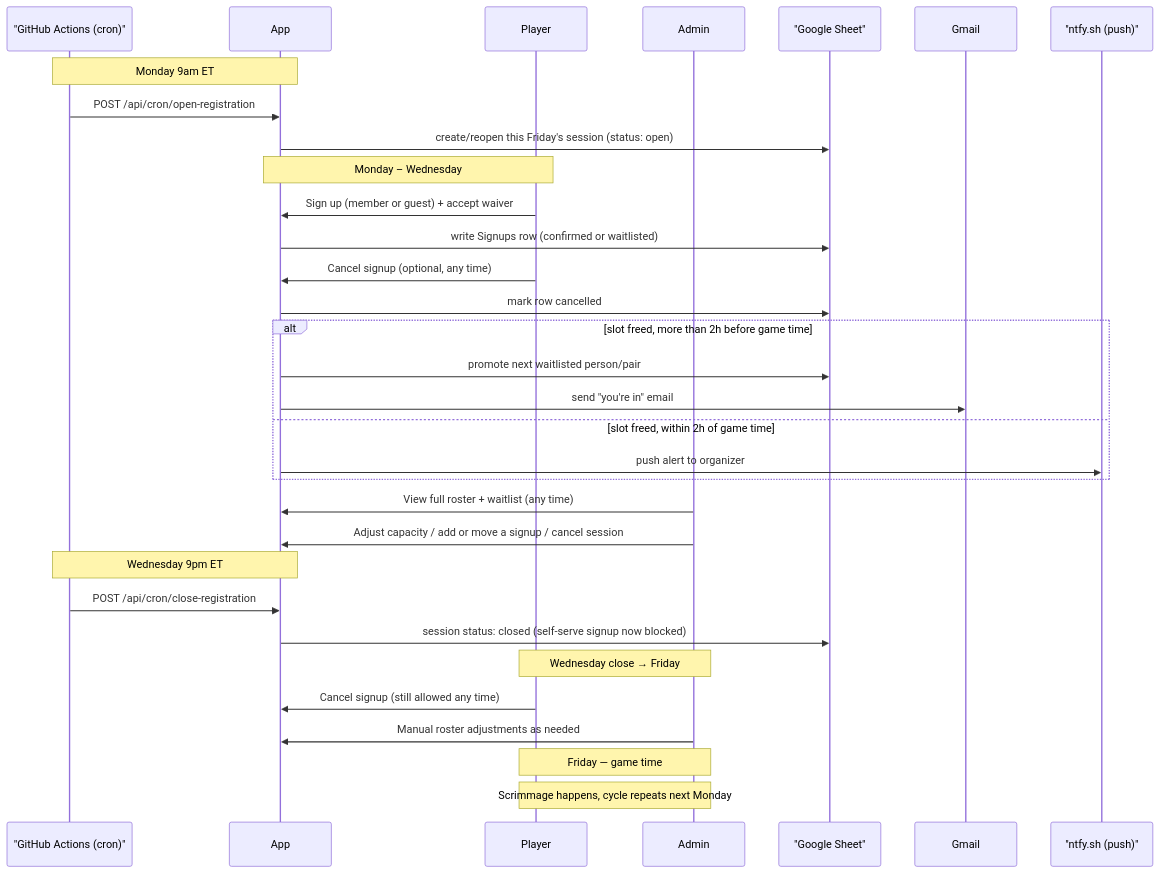
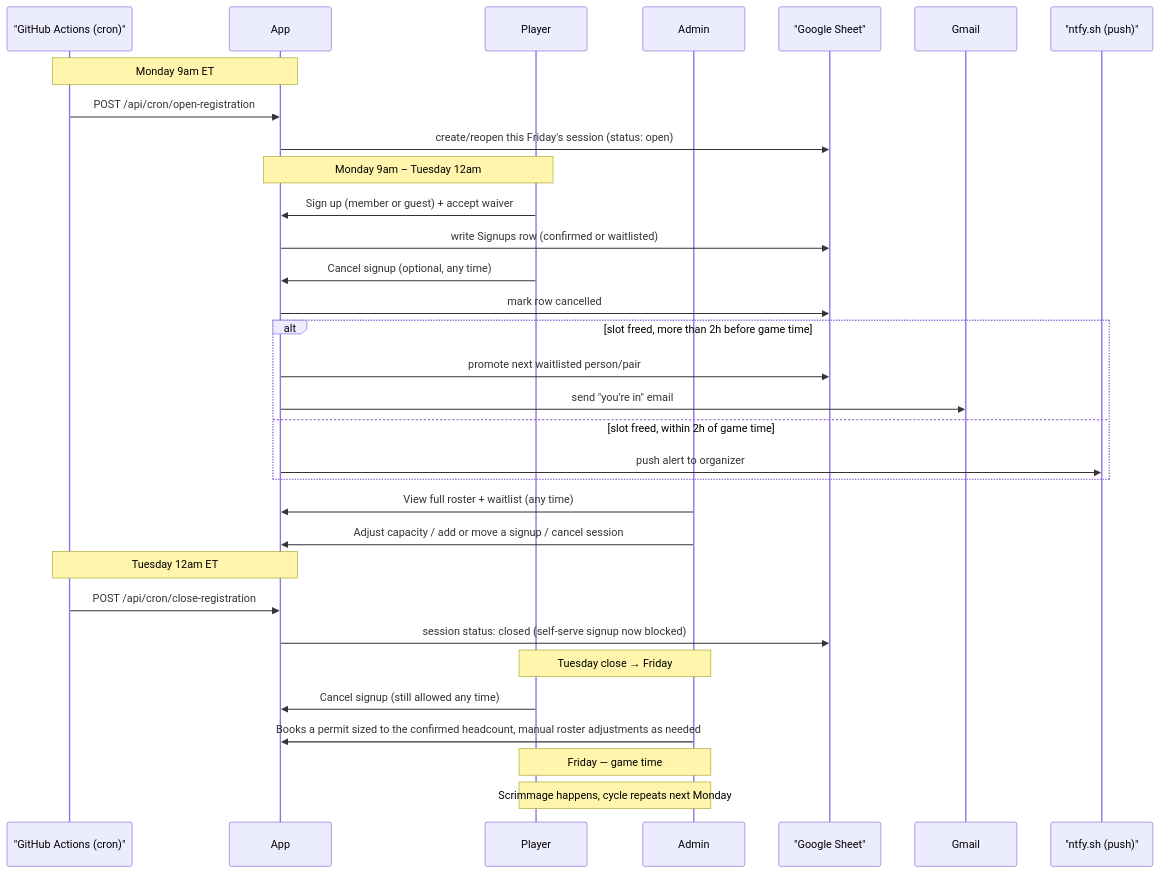
One commit to jhwchung99/weekly-softball-scrimmage changed the diagram in README.md. Above: the diagram before and after it, drawn with Mermaid. The commit also changed other lines of this file, not shown here.

Commit message:
docs: update registration window and admin alert docs

````diff
--- a/README.md
+++ b/README.md
@@ -33,40 +33,40 @@
 ```mermaid
 sequenceDiagram
     participant Cron as "GitHub Actions (cron)"
     participant App
     participant Player
     participant Admin
     participant Sheet as "Google Sheet"
     participant Gmail
     participant Ntfy as "ntfy.sh (push)"
 
     Note over Cron,App: Monday 9am ET
     Cron->>App: POST /api/cron/open-registration
     App->>Sheet: create/reopen this Friday's session (status: open)
 
-    Note over Player,App: Monday – Wednesday
+    Note over Player,App: Monday 9am – Tuesday 12am
     Player->>App: Sign up (member or guest) + accept waiver
     App->>Sheet: write Signups row (confirmed or waitlisted)
     Player->>App: Cancel signup (optional, any time)
     App->>Sheet: mark row cancelled
     alt slot freed, more than 2h before game time
         App->>Sheet: promote next waitlisted person/pair
         App->>Gmail: send "you're in" email
     else slot freed, within 2h of game time
         App->>Ntfy: push alert to organizer
     end
 
     Admin->>App: View full roster + waitlist (any time)
     Admin->>App: Adjust capacity / add or move a signup / cancel session
 
-    Note over Cron,App: Wednesday 9pm ET
+    Note over Cron,App: Tuesday 12am ET
     Cron->>App: POST /api/cron/close-registration
     App->>Sheet: session status: closed (self-serve signup now blocked)
 
-    Note over Player,Admin: Wednesday close → Friday
+    Note over Player,Admin: Tuesday close → Friday
     Player->>App: Cancel signup (still allowed any time)
-    Admin->>App: Manual roster adjustments as needed
+    Admin->>App: Books a permit sized to the confirmed headcount, manual roster adjustments as needed
 
     Note over Player,Admin: Friday — game time
     Note over Player,Admin: Scrimmage happens, cycle repeats next Monday
 ```
````
